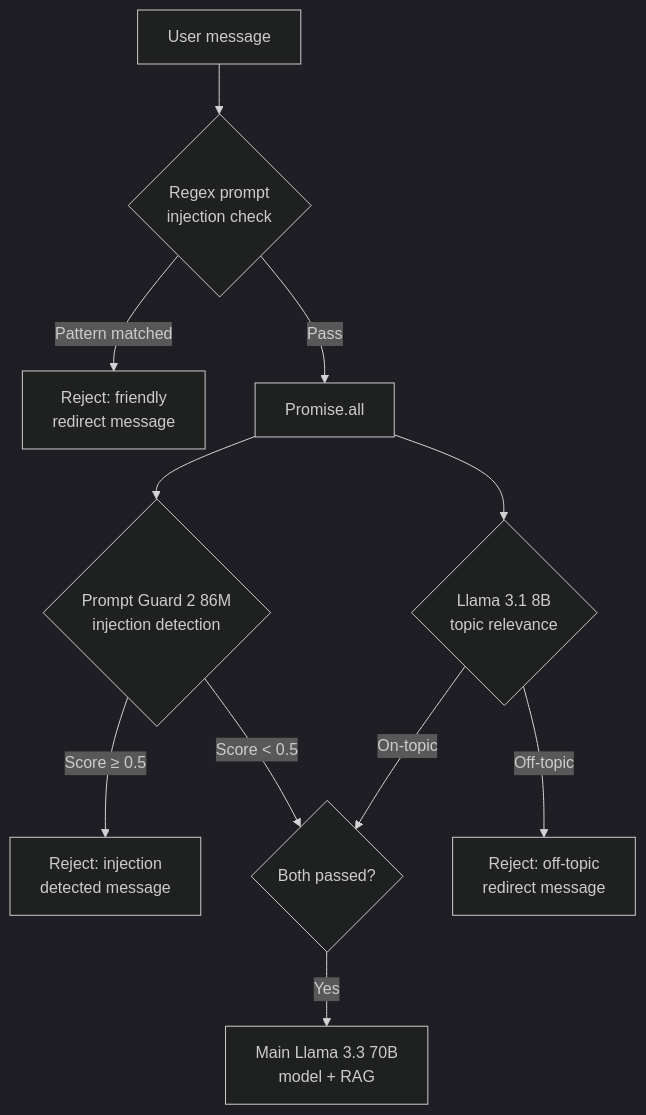
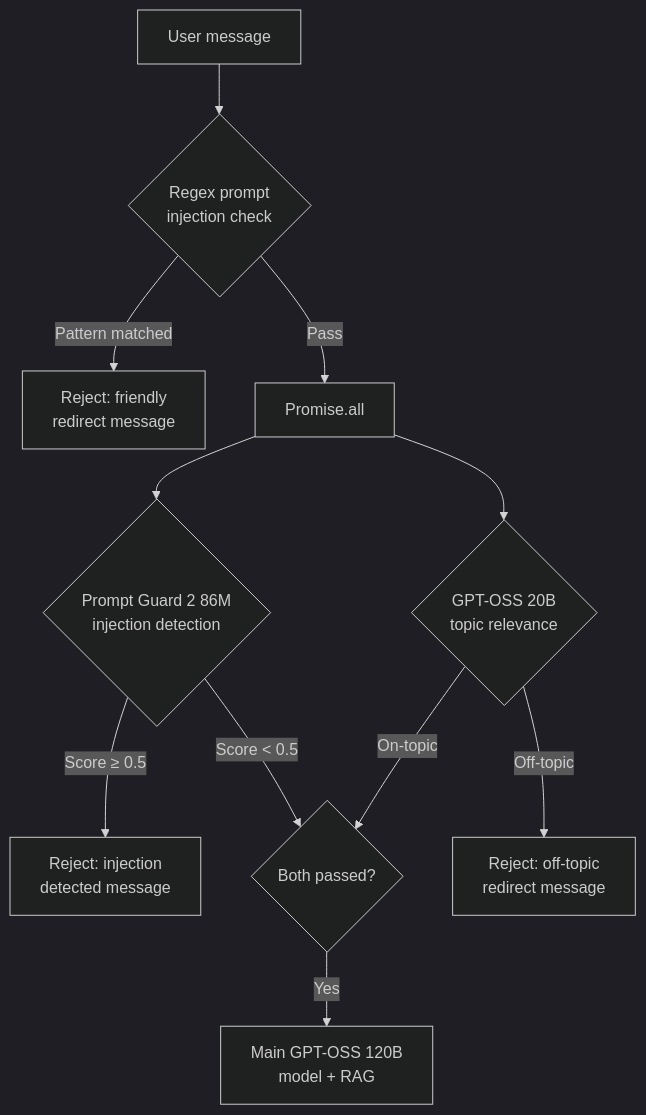
One commit to chicio/chicio-blog changed the diagram in src/content/blog/post/2026/04/26/llm-chatbot-guardrails/content.mdx. Above: the diagram before and after it, drawn with Mermaid (dark theme). The commit also changed other lines of this file and 13 other files, not shown here.

````diff
--- a/src/content/blog/post/2026/04/26/llm-chatbot-guardrails/content.mdx
+++ b/src/content/blog/post/2026/04/26/llm-chatbot-guardrails/content.mdx
@@ -60,13 +60,13 @@
 ```mermaid
 graph TD
     A["User message"] --> B{"Regex prompt\ninjection check"}
     B -- "Pattern matched" --> C["Reject: friendly\nredirect message"]
     B -- "Pass" --> D["Promise.all"]
     D --> E{"Prompt Guard 2 86M\ninjection detection"}
-    D --> F{"Llama 3.1 8B\ntopic relevance"}
+    D --> F{"GPT-OSS 20B\ntopic relevance"}
     E -- "Score ≥ 0.5" --> G["Reject: injection\ndetected message"]
     E -- "Score < 0.5" --> H{"Both passed?"}
     F -- "Off-topic" --> I["Reject: off-topic\nredirect message"]
     F -- "On-topic" --> H
-    H -- "Yes" --> J["Main Llama 3.3 70B\nmodel + RAG"]
+    H -- "Yes" --> J["Main GPT-OSS 120B\nmodel + RAG"]
 ```
````
